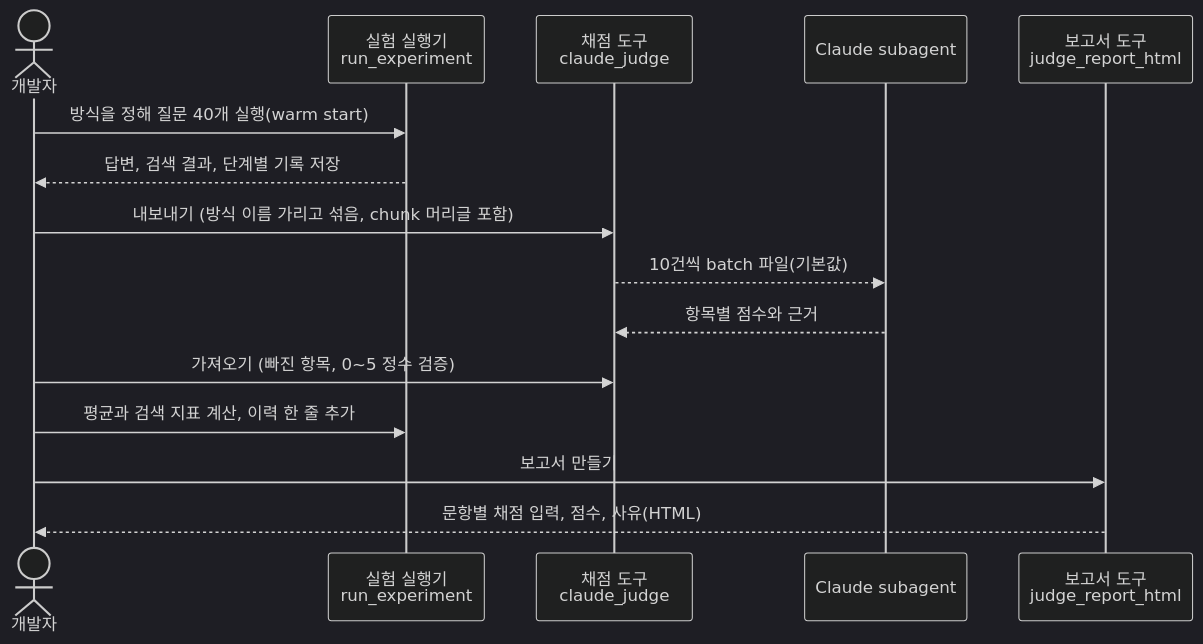
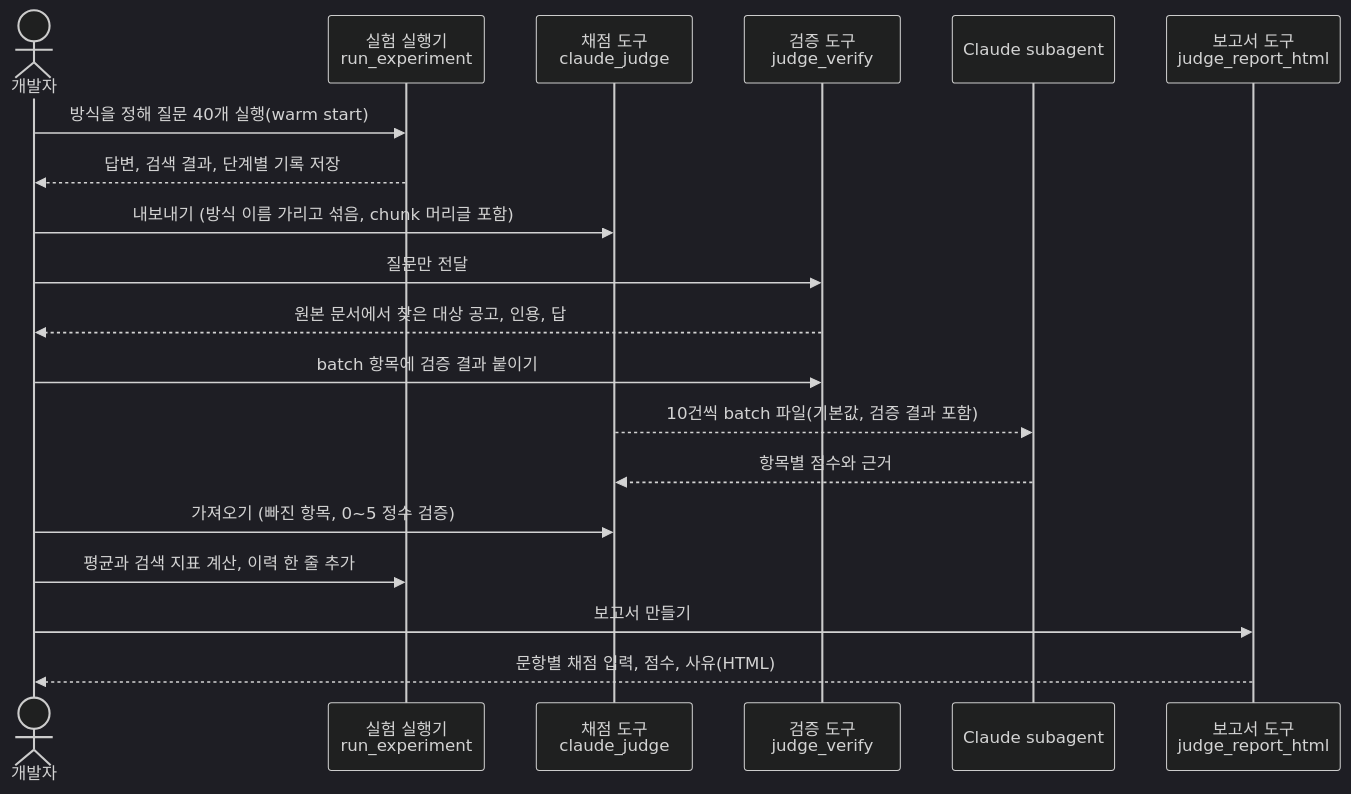
One commit to adover134/hierarchical-md-rag changed the second of 2 diagrams in docs/06_평가.md. Above: the diagram before and after it, drawn with Mermaid (dark theme). The commit also changed other lines of this file and 49 other files, not shown here.

````diff
--- a/docs/06_평가.md
+++ b/docs/06_평가.md
@@ -42,18 +42,22 @@
 ```mermaid
 sequenceDiagram
     actor 개발자
     participant R as 실험 실행기<br/>run_experiment
     participant J as 채점 도구<br/>claude_judge
+    participant V as 검증 도구<br/>judge_verify
     participant C as Claude subagent
     participant G as 보고서 도구<br/>judge_report_html
 
     개발자->>R: 방식을 정해 질문 40개 실행(warm start)
     R-->>개발자: 답변, 검색 결과, 단계별 기록 저장
     개발자->>J: 내보내기 (방식 이름 가리고 섞음, chunk 머리글 포함)
-    J-->>C: 10건씩 batch 파일(기본값)
+    개발자->>V: 질문만 전달
+    V-->>개발자: 원본 문서에서 찾은 대상 공고, 인용, 답
+    개발자->>V: batch 항목에 검증 결과 붙이기
+    J-->>C: 10건씩 batch 파일(기본값, 검증 결과 포함)
     C-->>J: 항목별 점수와 근거
     개발자->>J: 가져오기 (빠진 항목, 0~5 정수 검증)
     개발자->>R: 평균과 검색 지표 계산, 이력 한 줄 추가
     개발자->>G: 보고서 만들기
     G-->>개발자: 문항별 채점 입력, 점수, 사유(HTML)
 ```
````
